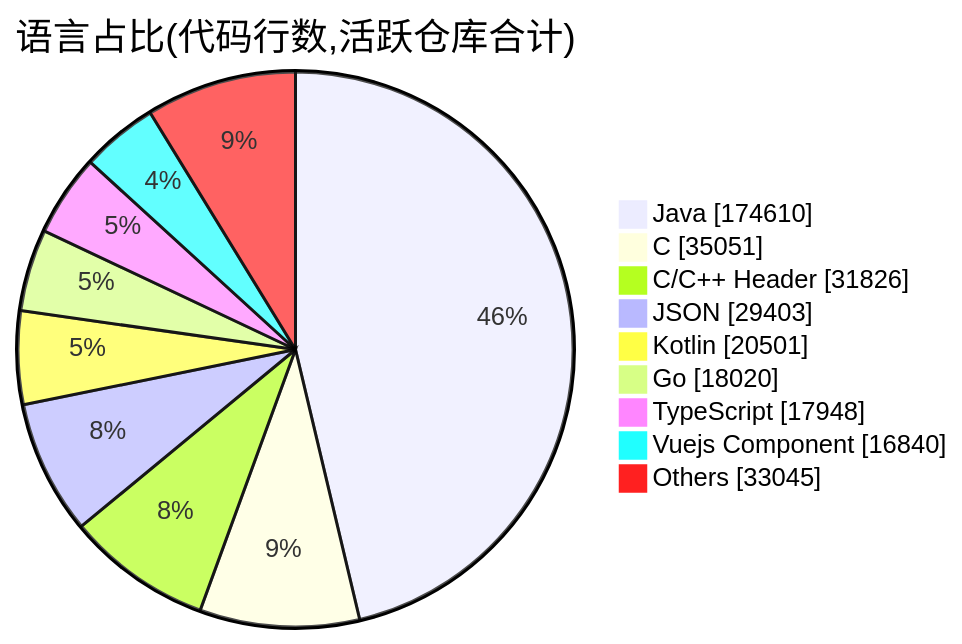
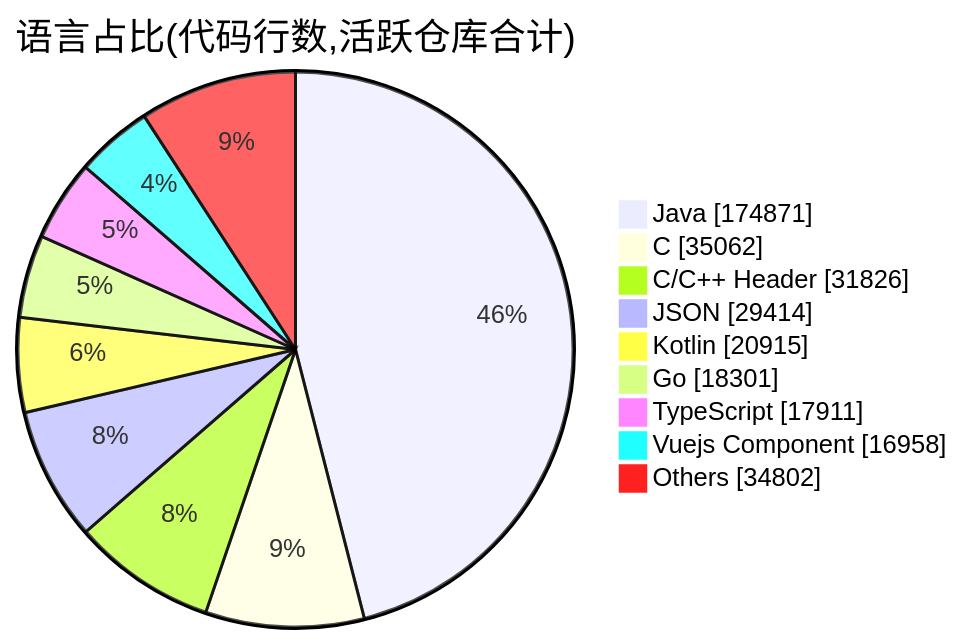
The second of 2 diagrams in profile/README.md (Conflux-Union/.github), drawn with Mermaid before and after one commit. The commit also changed other lines of this file and 1 other file, not shown here.

````diff
--- a/profile/README.md
+++ b/profile/README.md
@@ -80,13 +80,13 @@
 ```mermaid
 pie showData
     title 语言占比(代码行数,活跃仓库合计)
-    "Java" : 174610
-    "C" : 35051
+    "Java" : 174871
+    "C" : 35062
     "C/C++ Header" : 31826
-    "JSON" : 29403
-    "Kotlin" : 20501
-    "Go" : 18020
-    "TypeScript" : 17948
-    "Vuejs Component" : 16840
-    "Others" : 33045
+    "JSON" : 29414
+    "Kotlin" : 20915
+    "Go" : 18301
+    "TypeScript" : 17911
+    "Vuejs Component" : 16958
+    "Others" : 34802
 ```
````
